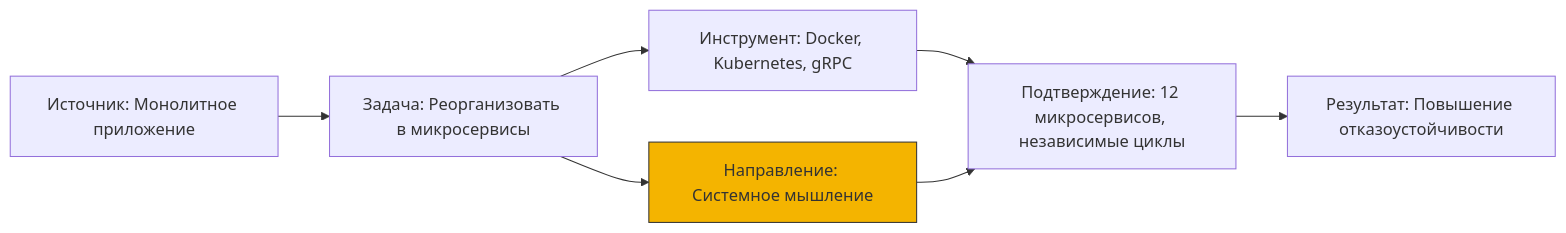
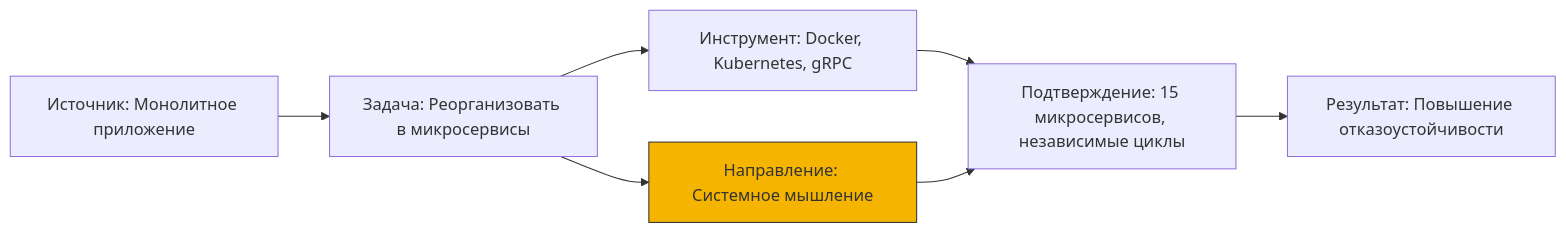
Before and after one commit to Control39/portfolio-system-architect: the fourth of 6 diagrams in docs/visualization/interactive.md, drawn with Mermaid. The commit also changed 45 other files, not shown here.

````diff
--- a/docs/visualization/interactive.md
+++ b/docs/visualization/interactive.md
@@ -67,10 +67,10 @@
 ```mermaid
 graph LR
     A[Источник: Монолитное приложение] --> B[Задача: Реорганизовать в микросервисы]
     B --> C[Инструмент: Docker, Kubernetes, gRPC]
     B --> D[Направление: Системное мышление]
-    C --> E[Подтверждение: 12 микросервисов, независимые циклы]
+    C --> E[Подтверждение: 15 микросервисов, независимые циклы]
     D --> E
     E --> F[Результат: Повышение отказоустойчивости]
     style D fill:#F4B400,stroke:#333
 ```
````
